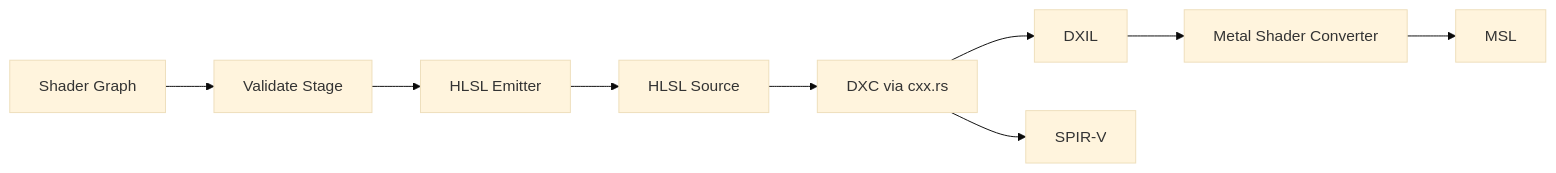
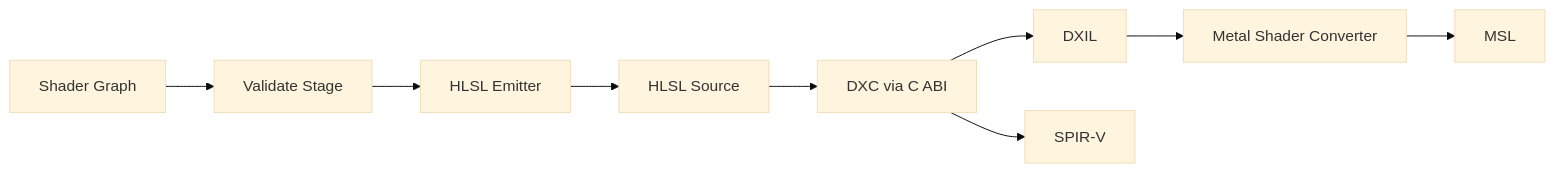
The sixth of 8 diagrams in docs/design/tools/logic-graph.md (harmonius-dev/harmonius), drawn with Mermaid (base theme) before and after one commit. The commit also changed other lines of this file and 65 other files, not shown here.

First line of the commit message:
Replace cxx.rs with C ABI FFI across all docs

````diff
--- a/docs/design/tools/logic-graph.md
+++ b/docs/design/tools/logic-graph.md
@@ -1750,11 +1750,11 @@
 ```mermaid
 flowchart LR
     A[Shader Graph] --> B[Validate Stage]
     B --> C[HLSL Emitter]
     C --> D[HLSL Source]
-    D --> E[DXC via cxx.rs]
+    D --> E[DXC via C ABI]
     E --> F[DXIL]
     E --> G[SPIR-V]
     F --> H[Metal Shader Converter]
     H --> I[MSL]
 ```
````
